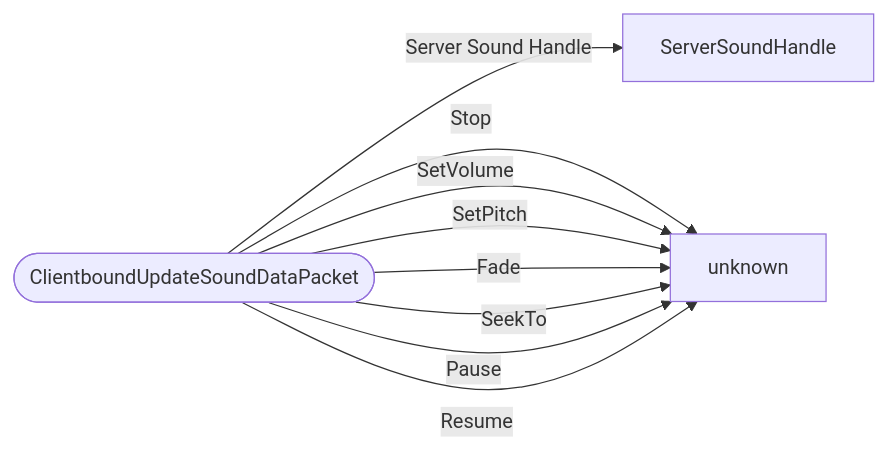
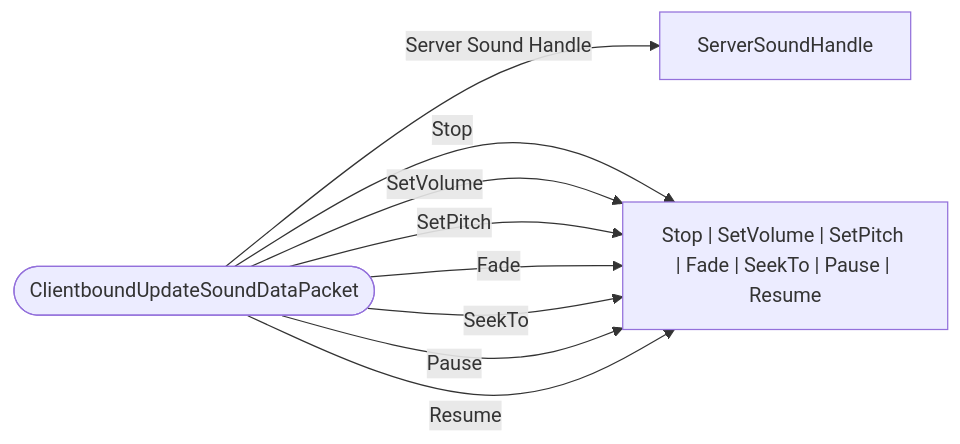
Before and after one commit to bedrock-v/protocol-docs: the diagram in schemas/packets/ClientboundUpdateSoundDataPacket.md, drawn with Mermaid. The commit also changed 114 other files, not shown here.

````diff
--- a/schemas/packets/ClientboundUpdateSoundDataPacket.md
+++ b/schemas/packets/ClientboundUpdateSoundDataPacket.md
@@ -7,12 +7,12 @@
 ```mermaid
 flowchart LR
   ROOT(["ClientboundUpdateSoundDataPacket"])
   ROOT -->|"Server Sound Handle"| ServerSoundHandle["ServerSoundHandle"]
-  ROOT -->|"Stop"| unknown["unknown"]
-  ROOT -->|"SetVolume"| unknown["unknown"]
-  ROOT -->|"SetPitch"| unknown["unknown"]
-  ROOT -->|"Fade"| unknown["unknown"]
-  ROOT -->|"SeekTo"| unknown["unknown"]
-  ROOT -->|"Pause"| unknown["unknown"]
-  ROOT -->|"Resume"| unknown["unknown"]
+  ROOT -->|"Stop"| Stop___SetVolume___SetPitch___Fade___SeekTo___Pause___Resume["Stop | SetVolume | SetPitch | Fade | SeekTo | Pause | Resume"]
+  ROOT -->|"SetVolume"| Stop___SetVolume___SetPitch___Fade___SeekTo___Pause___Resume["Stop | SetVolume | SetPitch | Fade | SeekTo | Pause | Resume"]
+  ROOT -->|"SetPitch"| Stop___SetVolume___SetPitch___Fade___SeekTo___Pause___Resume["Stop | SetVolume | SetPitch | Fade | SeekTo | Pause | Resume"]
+  ROOT -->|"Fade"| Stop___SetVolume___SetPitch___Fade___SeekTo___Pause___Resume["Stop | SetVolume | SetPitch | Fade | SeekTo | Pause | Resume"]
+  ROOT -->|"SeekTo"| Stop___SetVolume___SetPitch___Fade___SeekTo___Pause___Resume["Stop | SetVolume | SetPitch | Fade | SeekTo | Pause | Resume"]
+  ROOT -->|"Pause"| Stop___SetVolume___SetPitch___Fade___SeekTo___Pause___Resume["Stop | SetVolume | SetPitch | Fade | SeekTo | Pause | Resume"]
+  ROOT -->|"Resume"| Stop___SetVolume___SetPitch___Fade___SeekTo___Pause___Resume["Stop | SetVolume | SetPitch | Fade | SeekTo | Pause | Resume"]
 ```
````
